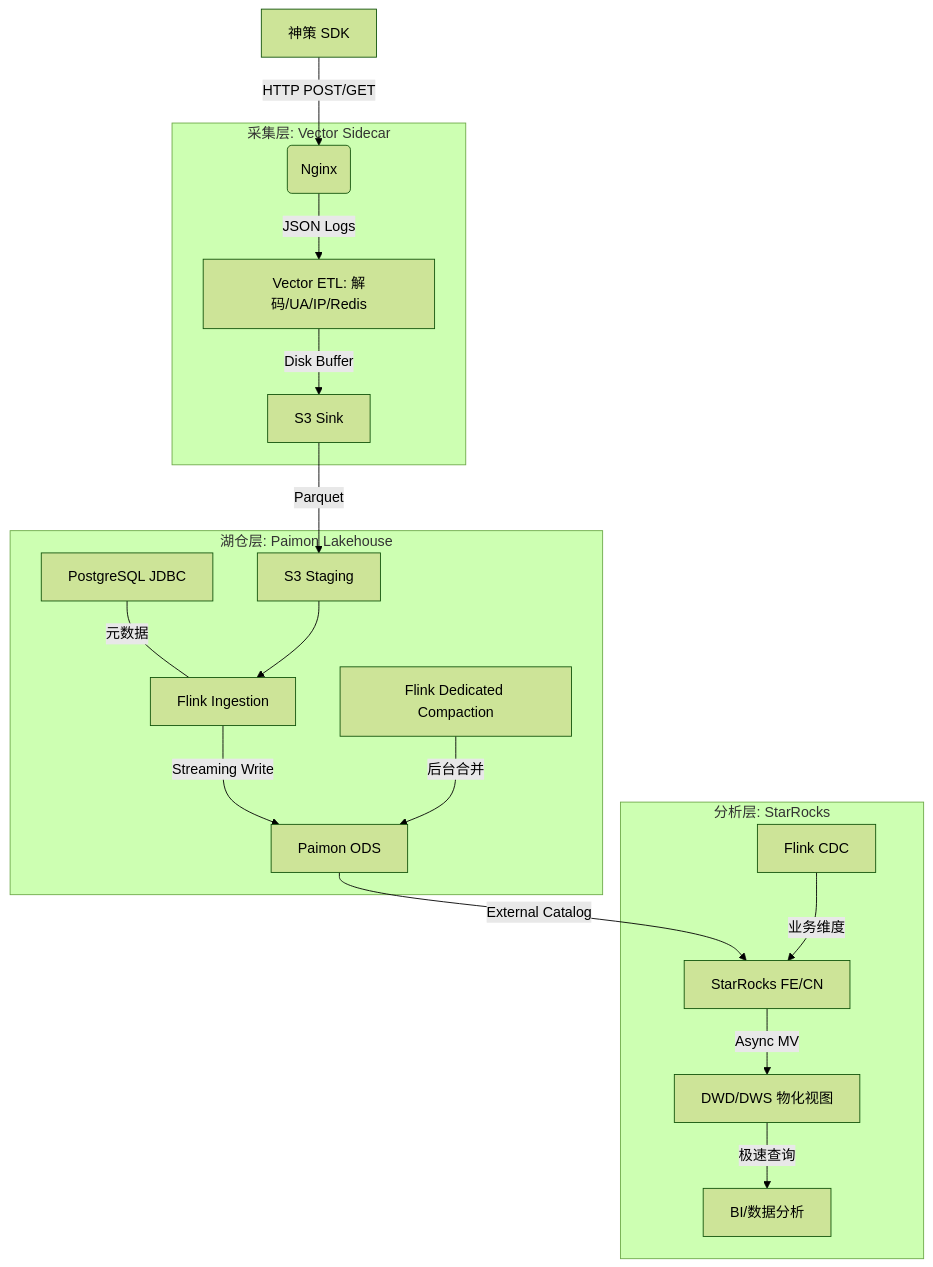
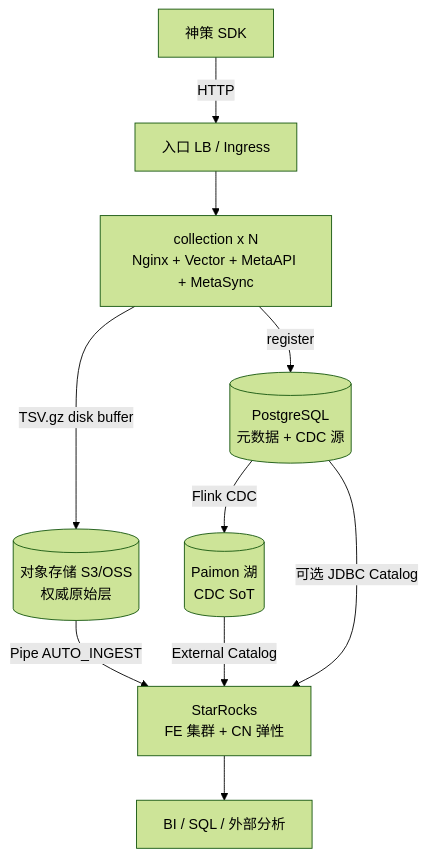
The diagram in docs/architecture/完整方案-可落地版.md (zhangchengxiang-ctrl/Lakehouse-track), drawn with Mermaid (forest theme) before and after one commit. The commit also changed other lines of this file and 48 other files, not shown here.

````diff
--- a/docs/architecture/完整方案-可落地版.md
+++ b/docs/architecture/完整方案-可落地版.md
@@ -12,21 +47,15 @@
 ```mermaid
 graph TD
-    A[神策 SDK] -->|HTTP POST/GET| B(Nginx)
-    subgraph 采集层: Vector Sidecar
-    B -->|JSON Logs| C[Vector ETL: 解码/UA/IP/Redis]
-    C -->|Disk Buffer| D[S3 Sink]
-    end
-    subgraph 湖仓层: Paimon Lakehouse
-    D -->|Parquet| E[S3 Staging]
-    F[PostgreSQL JDBC] ---|元数据| G[Flink Ingestion]
-    E --> G
-    G -->|Streaming Write| H[Paimon ODS]
-    I[Flink Dedicated Compaction] -->|后台合并| H
-    end
-    subgraph 分析层: StarRocks
-    H -->|External Catalog| J[StarRocks FE/CN]
-    K[Flink CDC] -->|业务维度| J
-    J -->|Async MV| L[DWD/DWS 物化视图]
-    L -->|极速查询| M[BI/数据分析]
-    end
+    SDK[神策 SDK] -->|HTTP| LB[入口 LB / Ingress]
+    LB --> COL[collection x N<br/>Nginx + Vector + MetaAPI + MetaSync]
+
+    COL -->|TSV.gz disk buffer| S3[(对象存储 S3/OSS<br/>权威原始层)]
+    COL -->|register| PG[(PostgreSQL<br/>元数据 + CDC 源)]
+
+    S3 -->|Pipe AUTO_INGEST| SR[StarRocks<br/>FE 集群 + CN 弹性]
+    SR --> BI[BI / SQL / 外部分析]
+
+    PG -->|Flink CDC| PAIMON[(Paimon 湖<br/>CDC SoT)]
+    PAIMON -->|External Catalog| SR
+    PG -->|可选 JDBC Catalog| SR
 ```
````
